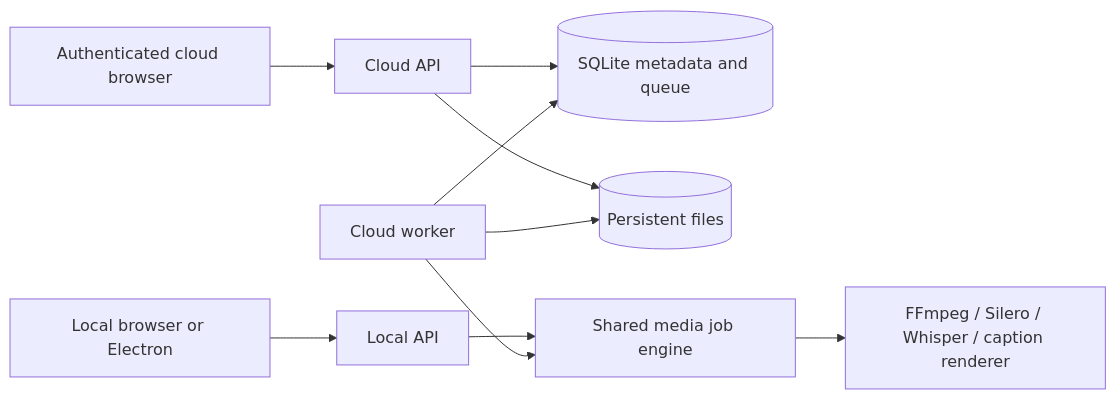
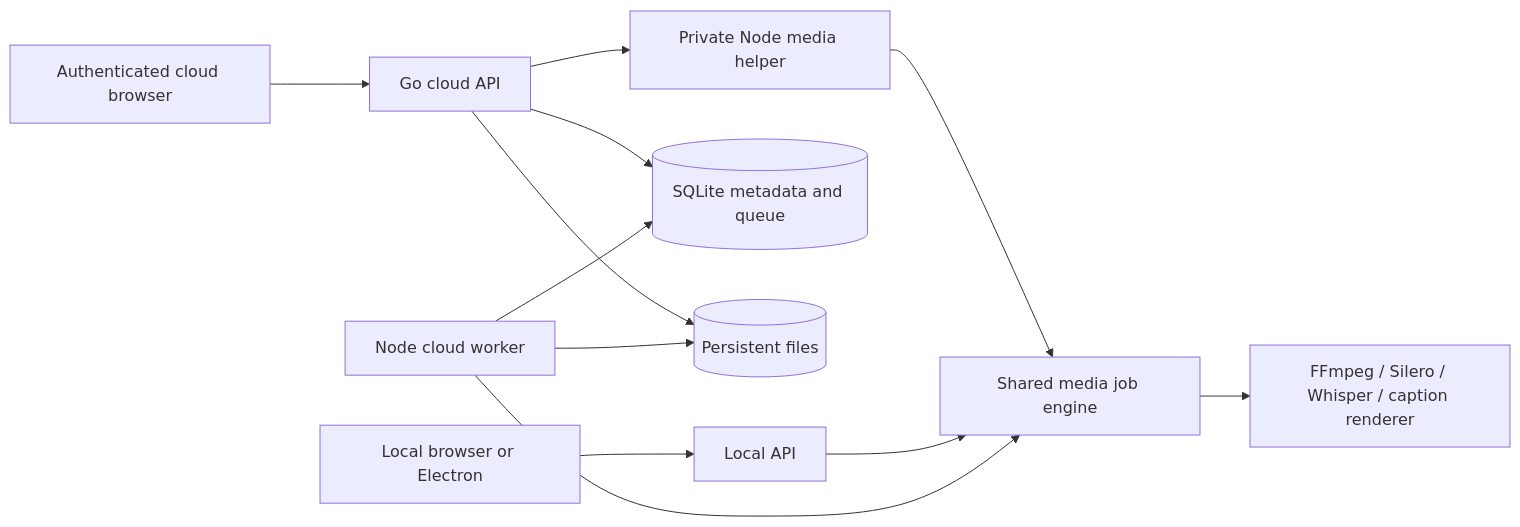
Before and after one commit to QuokkaCompany/hypercut: the diagram in docs/cloud/architecture.md, drawn with Mermaid. The commit also changed other lines of this file and 33 other files, not shown here.

Commit message:
Add Go cloud API with compatible media worker and storage (#2)

````diff
--- a/docs/cloud/architecture.md
+++ b/docs/cloud/architecture.md
@@ -3,12 +3,14 @@
 ```mermaid
 flowchart LR
   Local[Local browser or Electron] --> Loopback[Local API]
-  Cloud[Authenticated cloud browser] --> API[Cloud API]
+  Cloud[Authenticated cloud browser] --> API[Go cloud API]
   API --> DB[(SQLite metadata and queue)]
   API --> Files[(Persistent files)]
-  Worker[Cloud worker] --> DB
+  API --> Helper[Private Node media helper]
+  Helper --> Engine
+  Worker[Node cloud worker] --> DB
   Worker --> Files
   Loopback --> Engine[Shared media job engine]
   Worker --> Engine
   Engine --> Media[FFmpeg / Silero / Whisper / caption renderer]
 ```
````
